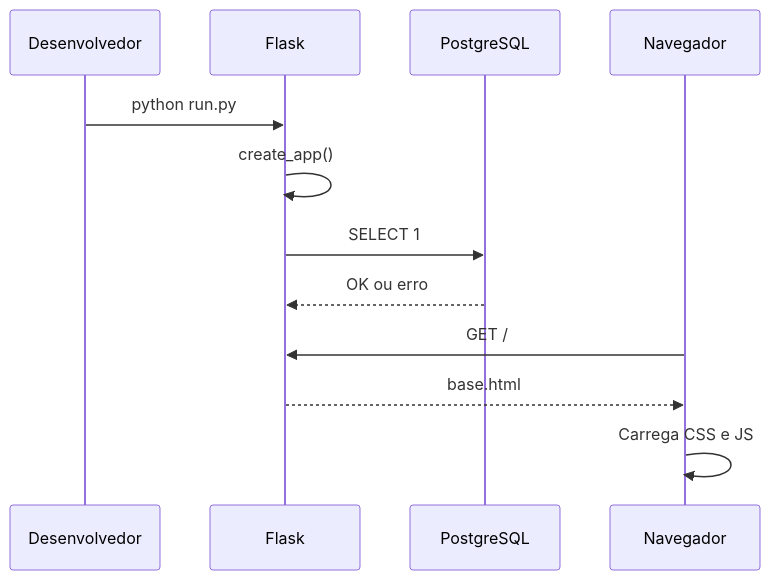
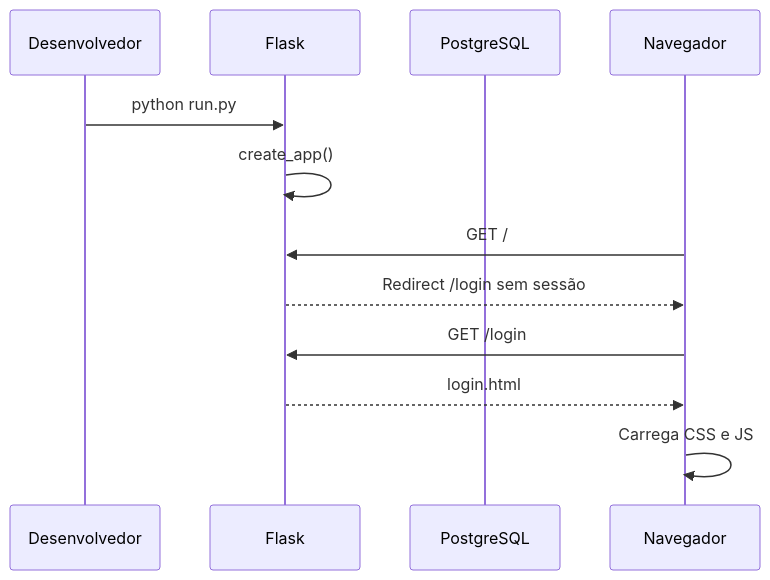
The first of 4 diagrams in docs/fluxo_sistema.md (Thiago64ga/projeto-comercial-DB), drawn with Mermaid before and after one commit. The commit also changed other lines of this file and 26 other files, not shown here.

````diff
--- a/docs/fluxo_sistema.md
+++ b/docs/fluxo_sistema.md
@@ -5,15 +5,15 @@
 ```mermaid
 sequenceDiagram
     participant Dev as Desenvolvedor
     participant Flask as Flask
     participant DB as PostgreSQL
     participant Browser as Navegador
 
     Dev->>Flask: python run.py
     Flask->>Flask: create_app()
-    Flask->>DB: SELECT 1
-    DB-->>Flask: OK ou erro
     Browser->>Flask: GET /
-    Flask-->>Browser: base.html
+    Flask-->>Browser: Redirect /login sem sessão
+    Browser->>Flask: GET /login
+    Flask-->>Browser: login.html
     Browser->>Browser: Carrega CSS e JS
 ```
````
